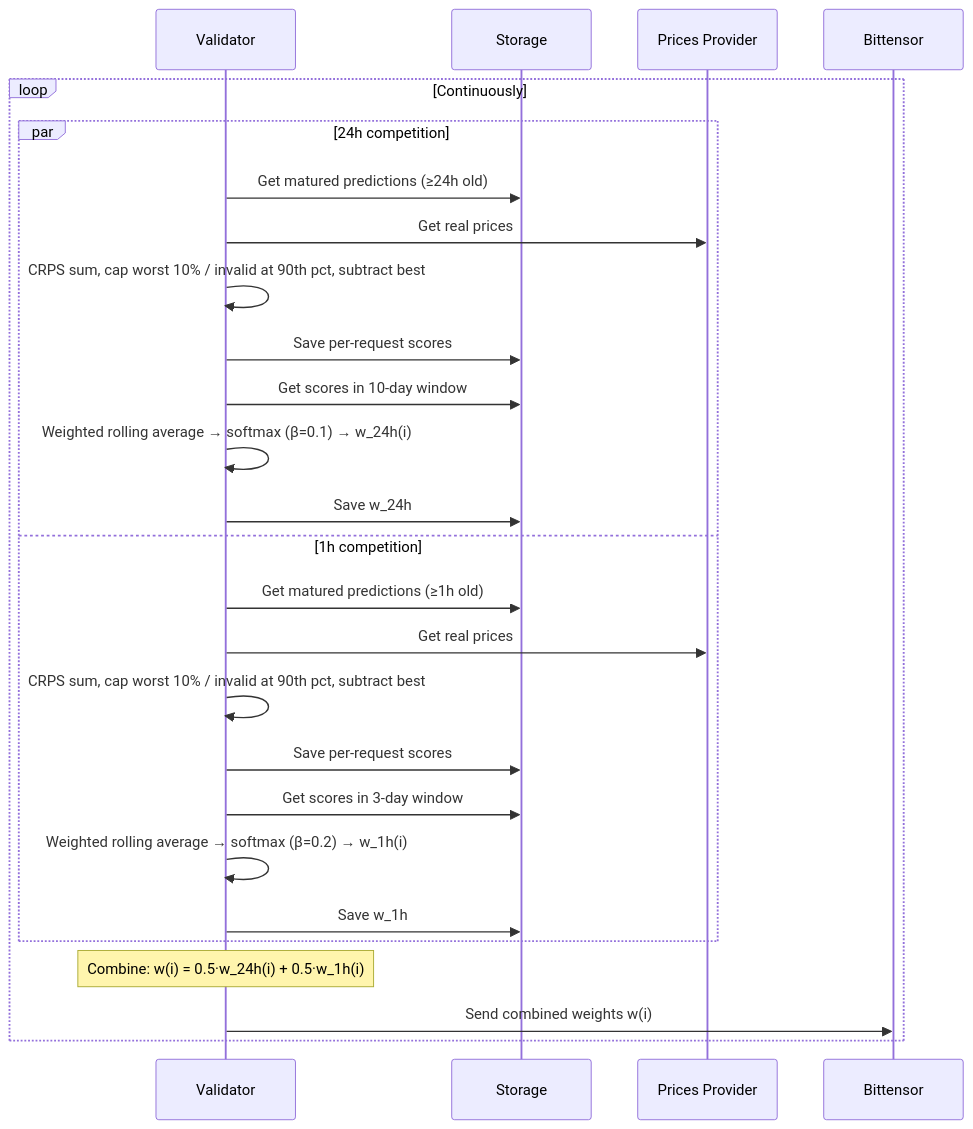
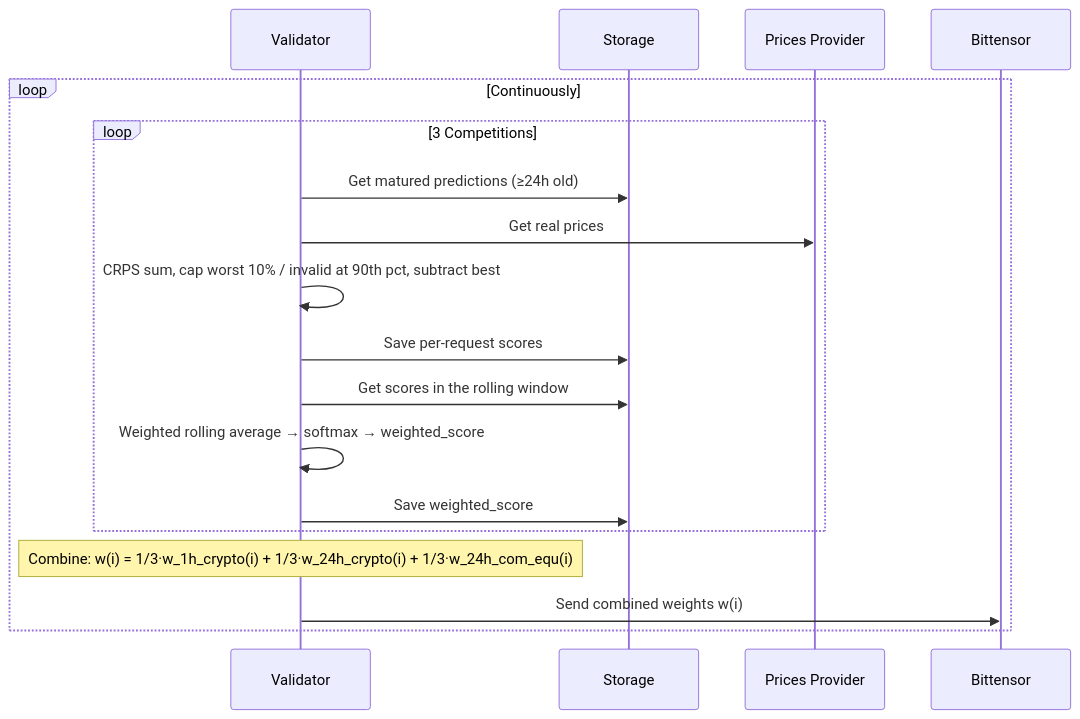
Before and after one commit to synthdataco/synth-subnet: the second of 2 diagrams in README.md, drawn with Mermaid. The commit also changed other lines of this file and 32 other files, not shown here.

````diff
--- a/README.md
+++ b/README.md
@@ -213,29 +221,21 @@
 ```mermaid
 sequenceDiagram
     participant Validator
     participant Storage
     participant PricesProvider as Prices Provider
     participant Bittensor
 
     loop Continuously
-        par 24h competition
+        loop 3 Competitions
             Validator->>Storage: Get matured predictions (≥24h old)
             Validator->>PricesProvider: Get real prices
             Validator->>Validator: CRPS sum, cap worst 10% / invalid at 90th pct, subtract best
             Validator->>Storage: Save per-request scores
-            Validator->>Storage: Get scores in 10-day window
-            Validator->>Validator: Weighted rolling average → softmax (β=0.1) → w_24h(i)
-            Validator->>Storage: Save w_24h
-        and 1h competition
-            Validator->>Storage: Get matured predictions (≥1h old)
-            Validator->>PricesProvider: Get real prices
-            Validator->>Validator: CRPS sum, cap worst 10% / invalid at 90th pct, subtract best
-            Validator->>Storage: Save per-request scores
-            Validator->>Storage: Get scores in 3-day window
-            Validator->>Validator: Weighted rolling average → softmax (β=0.2) → w_1h(i)
-            Validator->>Storage: Save w_1h
+            Validator->>Storage: Get scores in the rolling  window
+            Validator->>Validator: Weighted rolling average → softmax → weighted_score
+            Validator->>Storage: Save weighted_score
         end
-        Note over Validator: Combine: w(i) = 0.5·w_24h(i) + 0.5·w_1h(i)
+        Note over Validator: Combine: w(i) = 1/3·w_1h_crypto(i) + 1/3·w_24h_crypto(i) + 1/3·w_24h_com_equ(i)
         Validator->>Bittensor: Send combined weights w(i)
     end
 ```
````
